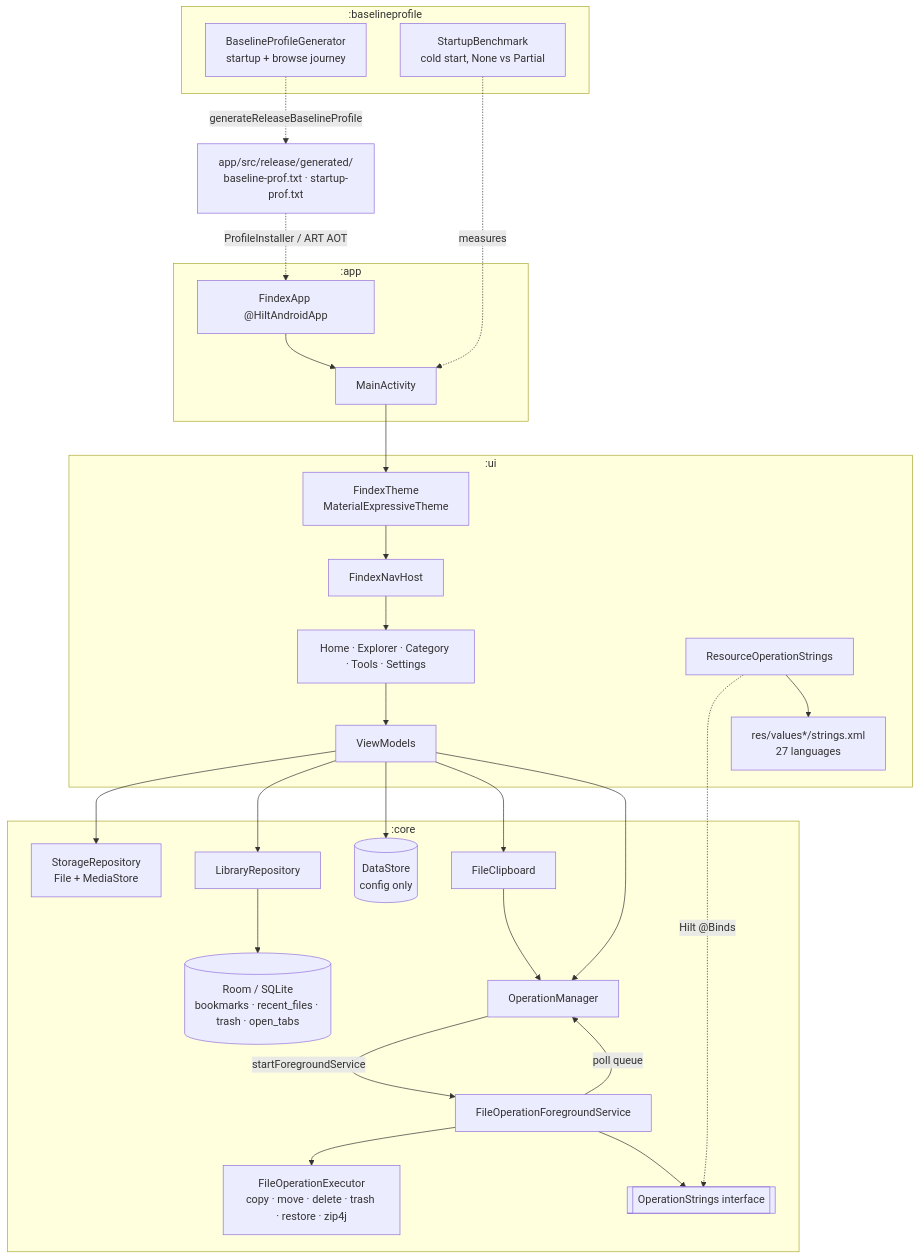
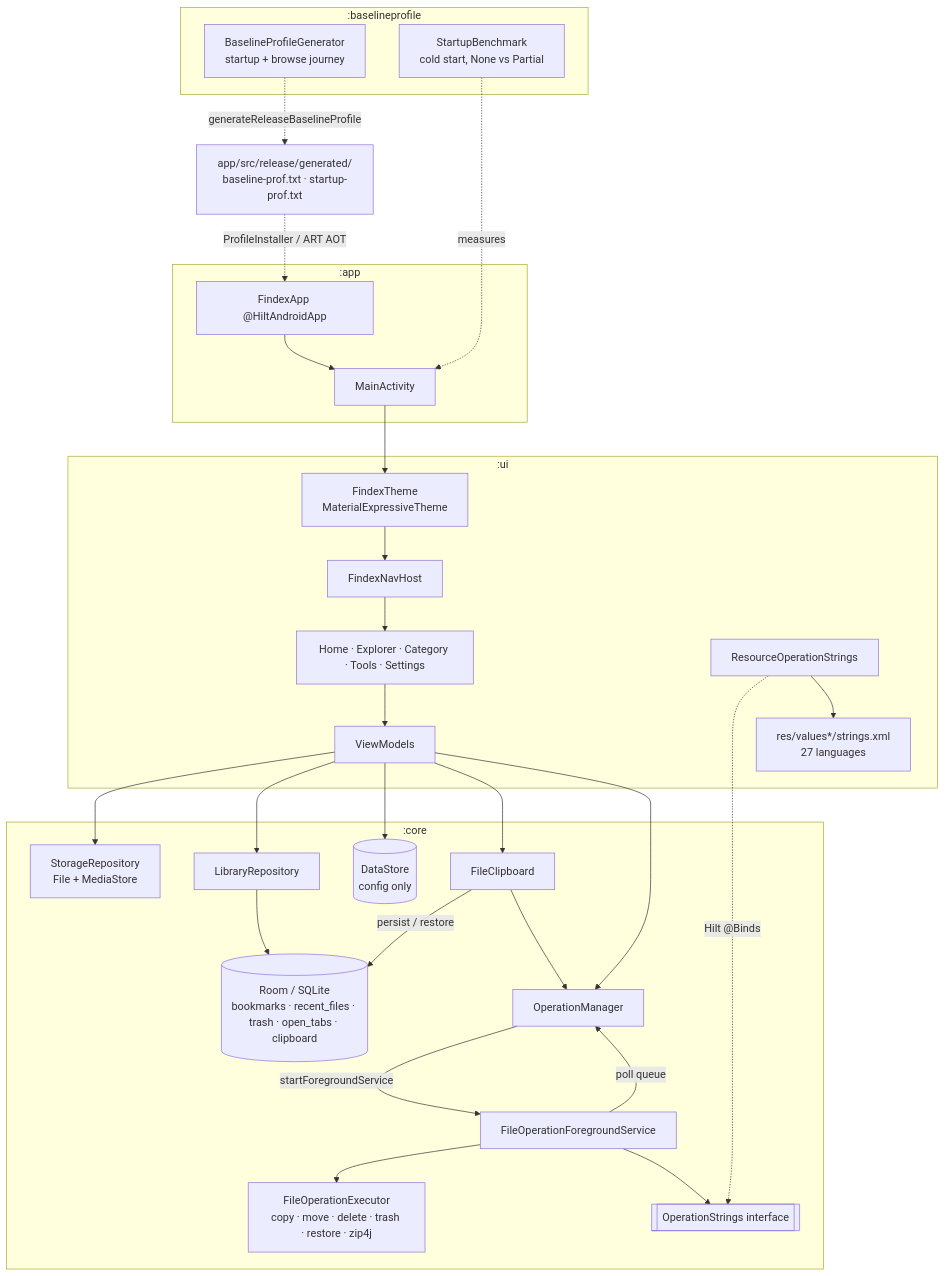
One commit to aiyu-ayaan/Findex changed the first of 29 diagrams in development/docs/ARCHITECTURE.md. Above: the diagram before and after it, drawn with Mermaid. The commit also changed other lines of this file and 4 other files, not shown here.

Commit message:
core(Clipboard) : Persist the cut/copy clipboard in Room so it survives process death

````diff
--- a/development/docs/ARCHITECTURE.md
+++ b/development/docs/ARCHITECTURE.md
@@ -11,49 +11,50 @@
 ```mermaid
 graph TD
     subgraph ":app"
         App[FindexApp @HiltAndroidApp]
         MainAct[MainActivity]
     end
 
     subgraph ":ui"
         UIStrings[res/values*/strings.xml<br/>27 languages]
         Theme[FindexTheme<br/>MaterialExpressiveTheme]
         Nav[FindexNavHost]
         Screens[Home · Explorer · Category · Tools · Settings]
         VMs[ViewModels]
         OpStrings[ResourceOperationStrings]
     end
 
     subgraph ":core"
         StorageRepo[StorageRepository<br/>File + MediaStore]
         LibraryRepo[LibraryRepository]
-        DB[(Room / SQLite<br/>bookmarks · recent_files · trash · open_tabs)]
+        DB[(Room / SQLite<br/>bookmarks · recent_files · trash · open_tabs · clipboard)]
         Settings[(DataStore<br/>config only)]
         OpMgr[OperationManager]
         Clip[FileClipboard]
+        Clip -->|persist / restore| DB
         Exec[FileOperationExecutor<br/>copy · move · delete · trash · restore · zip4j]
         FGS[FileOperationForegroundService]
         OpStringsIf[[OperationStrings interface]]
     end
 
     subgraph ":baselineprofile"
         Gen[BaselineProfileGenerator<br/>startup + browse journey]
         Bench[StartupBenchmark<br/>cold start, None vs Partial]
     end
 
     App --> MainAct --> Theme --> Nav --> Screens --> VMs
     VMs --> StorageRepo
     VMs --> LibraryRepo --> DB
     VMs --> Settings
     VMs --> Clip --> OpMgr
     VMs --> OpMgr
     OpMgr -- startForegroundService --> FGS
     FGS -- poll queue --> OpMgr
     FGS --> Exec
     FGS --> OpStringsIf
     OpStrings -. Hilt @Binds .-> OpStringsIf
     OpStrings --> UIStrings
     Gen -. generateReleaseBaselineProfile .-> Prof[app/src/release/generated/<br/>baseline-prof.txt · startup-prof.txt]
     Prof -. ProfileInstaller / ART AOT .-> App
     Bench -. measures .-> MainAct
 ```
````
